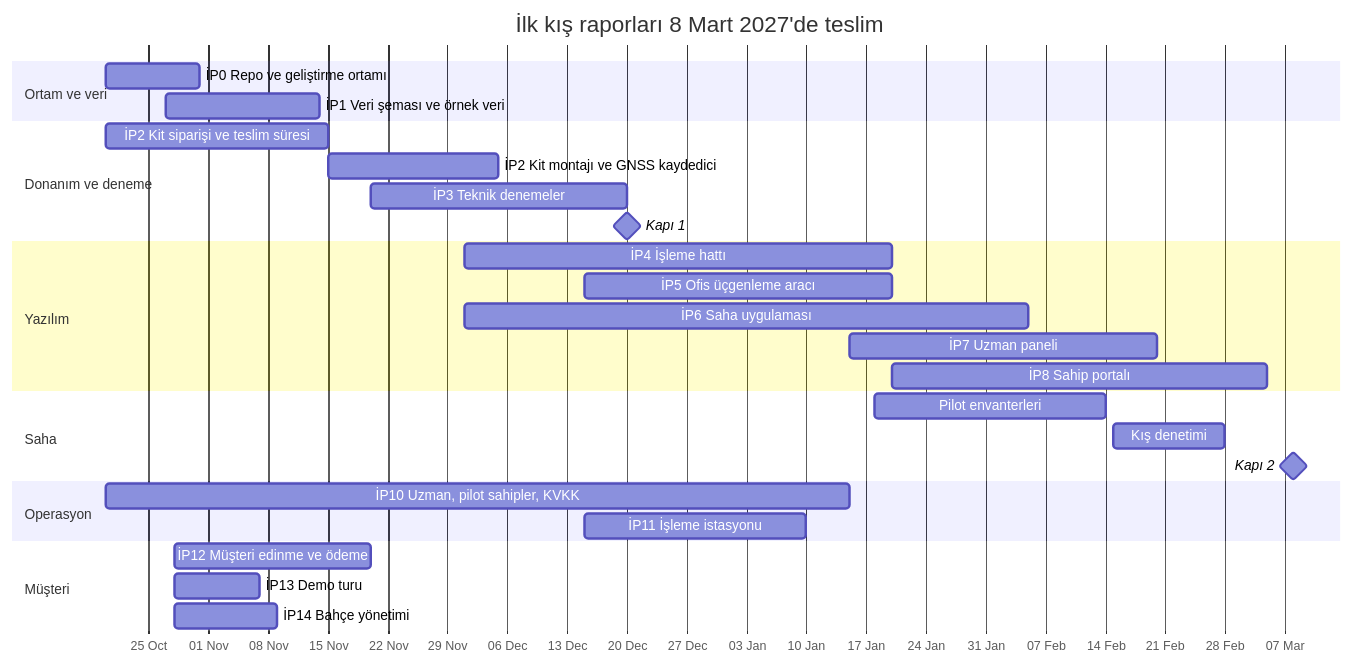
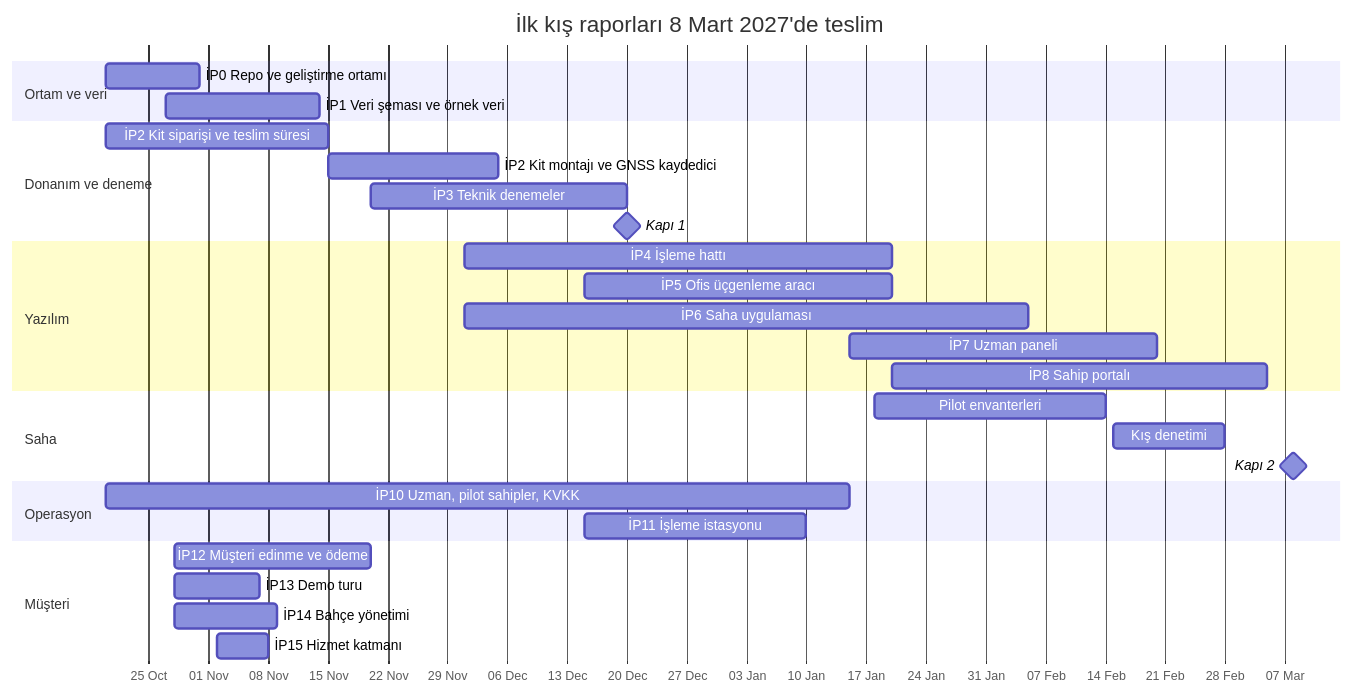
One commit to yusuftiryaki/orchadOS changed the diagram in docs/plan.md. Above: the diagram before and after it, drawn with Mermaid. The commit also changed other lines of this file and 22 other files, not shown here.

````diff
--- a/docs/plan.md
+++ b/docs/plan.md
@@ -21,31 +21,32 @@
 ```mermaid
 gantt
     title İlk kış raporları 8 Mart 2027'de teslim
     dateFormat YYYY-MM-DD
     axisFormat %d %b
     section Ortam ve veri
     İP0 Repo ve geliştirme ortamı      :ip0, 2026-10-20, 2026-10-31
     İP1 Veri şeması ve örnek veri      :ip1, 2026-10-27, 2026-11-14
     section Donanım ve deneme
     İP2 Kit siparişi ve teslim süresi  :ip2a, 2026-10-20, 2026-11-15
     İP2 Kit montajı ve GNSS kaydedici  :ip2b, 2026-11-15, 2026-12-05
     İP3 Teknik denemeler               :ip3, 2026-11-20, 2026-12-20
     Kapı 1                             :milestone, k1, 2026-12-20, 0d
     section Yazılım
     İP4 İşleme hattı                   :ip4, 2026-12-01, 2027-01-20
     İP5 Ofis üçgenleme aracı           :ip5, 2026-12-15, 2027-01-20
     İP6 Saha uygulaması                :ip6, 2026-12-01, 2027-02-05
     İP7 Uzman paneli                   :ip7, 2027-01-15, 2027-02-20
     İP8 Sahip portalı                  :ip8, 2027-01-20, 2027-03-05
     section Saha
     Pilot envanterleri                 :env, 2027-01-18, 2027-02-14
     Kış denetimi                       :kis, 2027-02-15, 2027-02-28
     Kapı 2                             :milestone, k2, 2027-03-08, 0d
     section Operasyon
     İP10 Uzman, pilot sahipler, KVKK   :ip10, 2026-10-20, 2027-01-15
     İP11 İşleme istasyonu              :ip11, 2026-12-15, 2027-01-10
     section Müşteri
     İP12 Müşteri edinme ve ödeme       :ip12, 2026-10-28, 2026-11-20
     İP13 Demo turu                     :ip13, 2026-10-28, 2026-11-07
     İP14 Bahçe yönetimi                :ip14, 2026-10-28, 2026-11-09
+    İP15 Hizmet katmanı: ot biçme      :ip15, 2026-11-02, 2026-11-08
 ```
````
